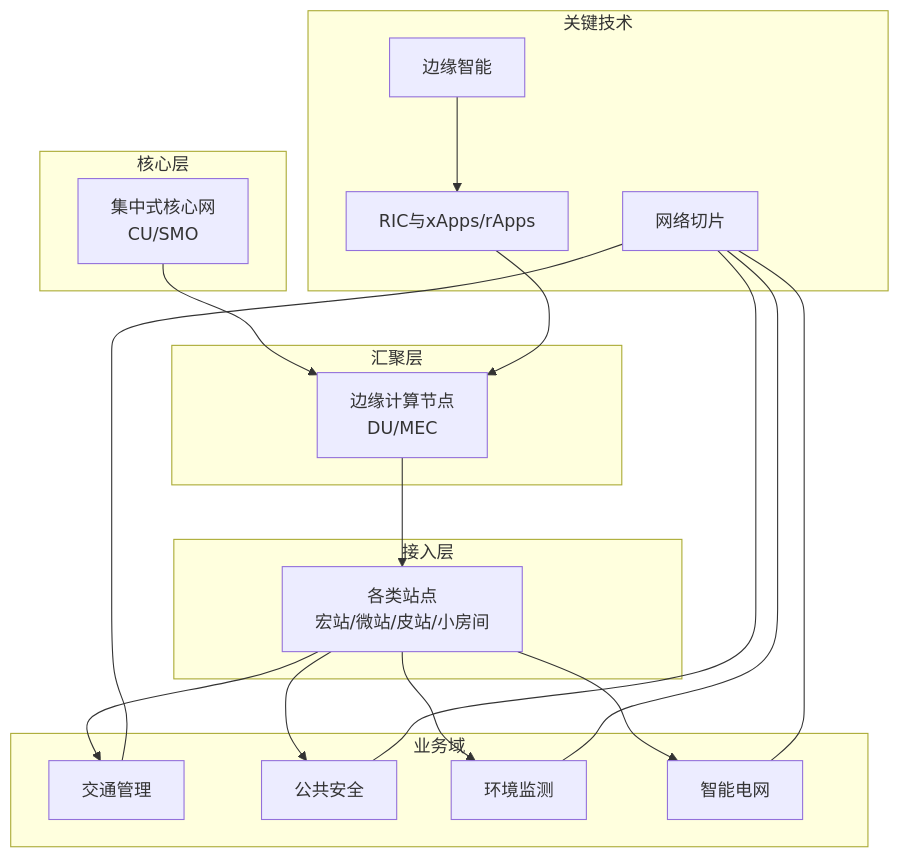
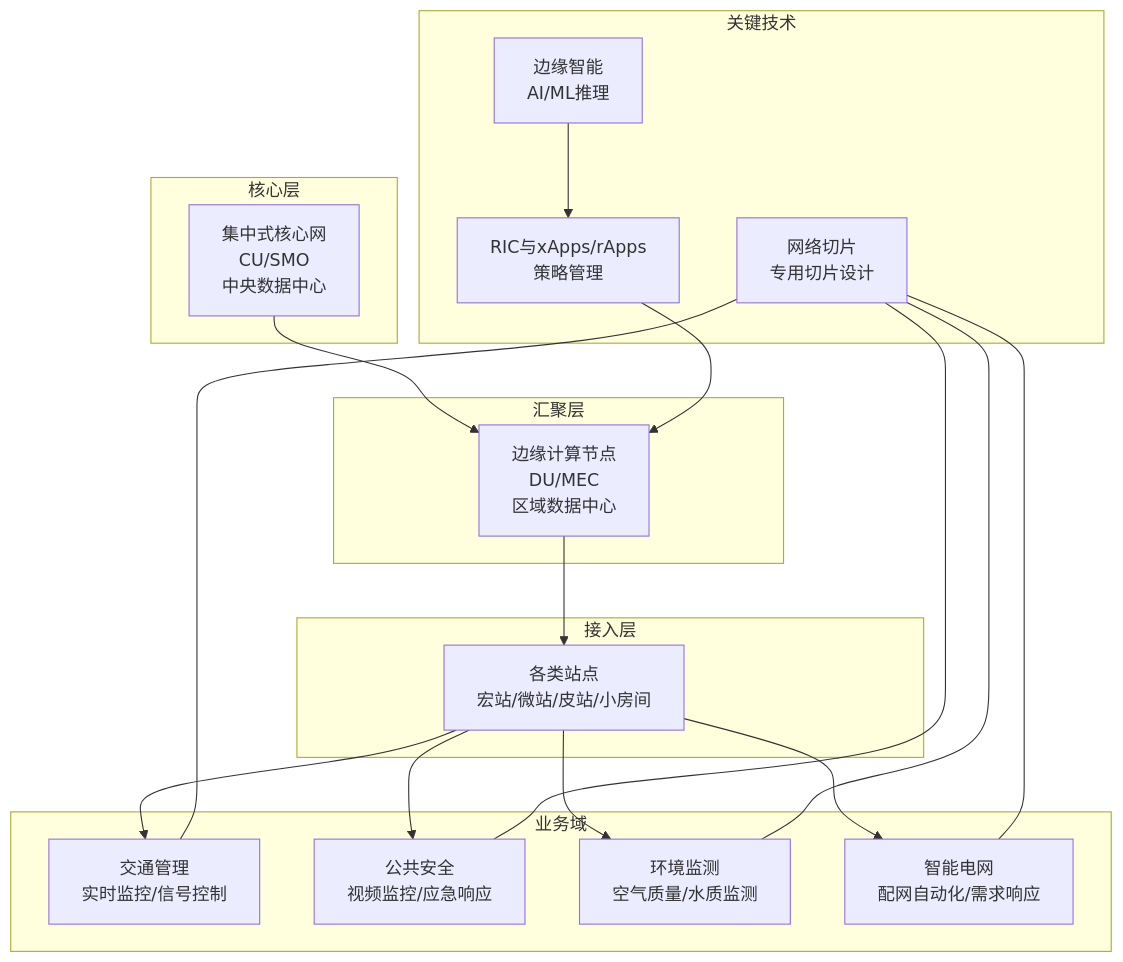
The second of 6 diagrams in .qoder/repowiki/zh/content/应用场景/智慧城市应用.md (allengaller/oran-database), drawn with Mermaid before and after one commit. The commit also changed other lines of this file and 32 other files, not shown here.

````diff
--- a/.qoder/repowiki/zh/content/应用场景/智慧城市应用.md
+++ b/.qoder/repowiki/zh/content/应用场景/智慧城市应用.md
@@ -70,35 +99,35 @@
 ```mermaid
 graph TB
 subgraph "核心层"
-CORE["集中式核心网<br/>CU/SMO"]
+CORE["集中式核心网<br/>CU/SMO<br/>中央数据中心"]
 end
 subgraph "汇聚层"
-EDGE["边缘计算节点<br/>DU/MEC"]
+EDGE["边缘计算节点<br/>DU/MEC<br/>区域数据中心"]
 end
 subgraph "接入层"
 RU["各类站点<br/>宏站/微站/皮站/小房间"]
 end
 subgraph "业务域"
-TRAFFIC["交通管理"]
-SAFETY["公共安全"]
-ENV["环境监测"]
-ENERGY["智能电网"]
+TRAFFIC["交通管理<br/>实时监控/信号控制"]
+SAFETY["公共安全<br/>视频监控/应急响应"]
+ENV["环境监测<br/>空气质量/水质监测"]
+ENERGY["智能电网<br/>配网自动化/需求响应"]
 end
 CORE --> EDGE
 EDGE --> RU
 RU --> TRAFFIC
 RU --> SAFETY
 RU --> ENV
 RU --> ENERGY
 subgraph "关键技术"
-SLICE["网络切片"]
-EDGEINT["边缘智能"]
-RIC["RIC与xApps/rApps"]
+SLICE["网络切片<br/>专用切片设计"]
+EDGEINT["边缘智能<br/>AI/ML推理"]
+RIC["RIC与xApps/rApps<br/>策略管理"]
 end
 SLICE --- TRAFFIC
 SLICE --- SAFETY
 SLICE --- ENV
 SLICE --- ENERGY
 EDGEINT --> RIC
 RIC --> EDGE
 ```
````
